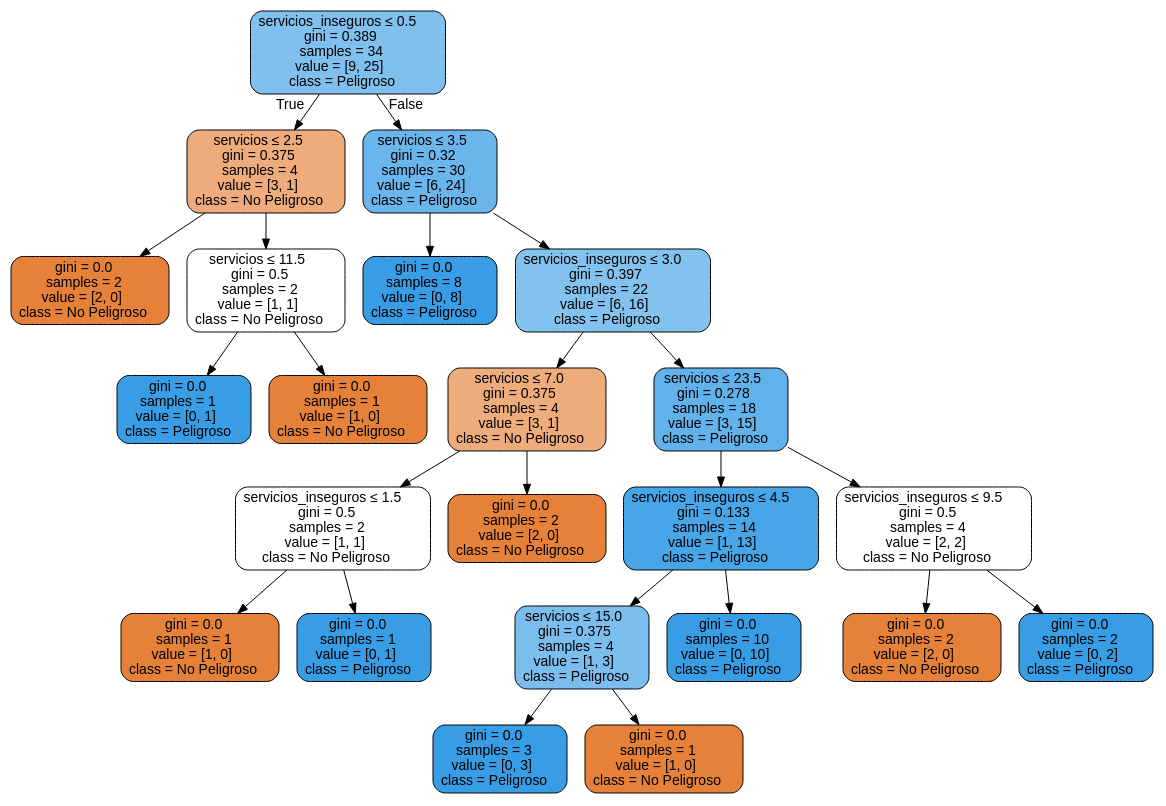
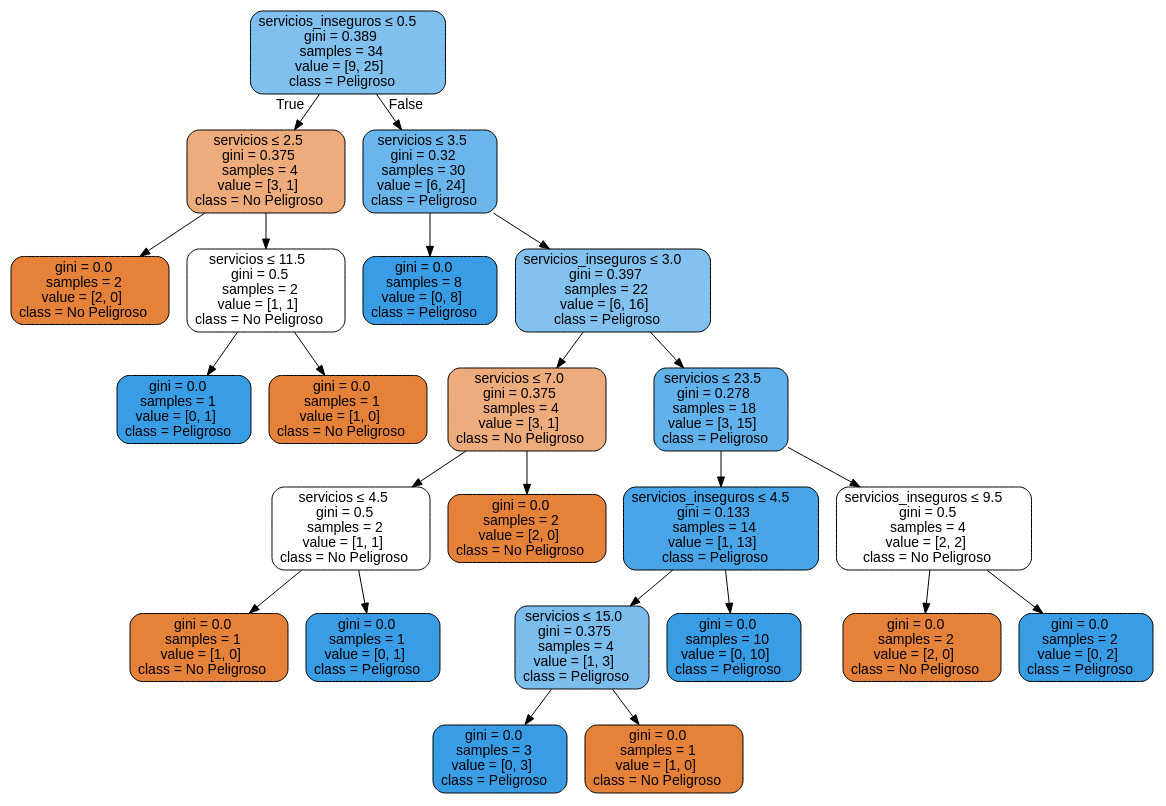
The diagram in ejercicio5/test.gv (siciliagc/Sistemas-de-Informaci-n), drawn with Graphviz before and after one commit. The commit also changed 2 other files, not shown here.

```diff
--- a/ejercicio5/test.gv
+++ b/ejercicio5/test.gv
@@ -1,49 +1,49 @@
 digraph Tree {
 node [shape=box, style="filled, rounded", color="black", fontname="helvetica"] ;
 edge [fontname="helvetica"] ;
 0 [label=<servicios_inseguros &le; 0.5<br/>gini = 0.389<br/>samples = 34<br/>value = [9, 25]<br/>class = Peligroso>, fillcolor="#80c0ee"] ;
 1 [label=<servicios &le; 2.5<br/>gini = 0.375<br/>samples = 4<br/>value = [3, 1]<br/>class = No Peligroso>, fillcolor="#eeab7b"] ;
 0 -> 1 [labeldistance=2.5, labelangle=45, headlabel="True"] ;
 2 [label=<gini = 0.0<br/>samples = 2<br/>value = [2, 0]<br/>class = No Peligroso>, fillcolor="#e58139"] ;
 1 -> 2 ;
 3 [label=<servicios &le; 11.5<br/>gini = 0.5<br/>samples = 2<br/>value = [1, 1]<br/>class = No Peligroso>, fillcolor="#ffffff"] ;
 1 -> 3 ;
 4 [label=<gini = 0.0<br/>samples = 1<br/>value = [0, 1]<br/>class = Peligroso>, fillcolor="#399de5"] ;
 3 -> 4 ;
 5 [label=<gini = 0.0<br/>samples = 1<br/>value = [1, 0]<br/>class = No Peligroso>, fillcolor="#e58139"] ;
 3 -> 5 ;
 6 [label=<servicios &le; 3.5<br/>gini = 0.32<br/>samples = 30<br/>value = [6, 24]<br/>class = Peligroso>, fillcolor="#6ab6ec"] ;
 0 -> 6 [labeldistance=2.5, labelangle=-45, headlabel="False"] ;
 7 [label=<gini = 0.0<br/>samples = 8<br/>value = [0, 8]<br/>class = Peligroso>, fillcolor="#399de5"] ;
 6 -> 7 ;
 8 [label=<servicios_inseguros &le; 3.0<br/>gini = 0.397<br/>samples = 22<br/>value = [6, 16]<br/>class = Peligroso>, fillcolor="#83c2ef"] ;
 6 -> 8 ;
 9 [label=<servicios &le; 7.0<br/>gini = 0.375<br/>samples = 4<br/>value = [3, 1]<br/>class = No Peligroso>, fillcolor="#eeab7b"] ;
 8 -> 9 ;
-10 [label=<servicios_inseguros &le; 1.5<br/>gini = 0.5<br/>samples = 2<br/>value = [1, 1]<br/>class = No Peligroso>, fillcolor="#ffffff"] ;
+10 [label=<servicios &le; 4.5<br/>gini = 0.5<br/>samples = 2<br/>value = [1, 1]<br/>class = No Peligroso>, fillcolor="#ffffff"] ;
 9 -> 10 ;
 11 [label=<gini = 0.0<br/>samples = 1<br/>value = [1, 0]<br/>class = No Peligroso>, fillcolor="#e58139"] ;
 10 -> 11 ;
 12 [label=<gini = 0.0<br/>samples = 1<br/>value = [0, 1]<br/>class = Peligroso>, fillcolor="#399de5"] ;
 10 -> 12 ;
 13 [label=<gini = 0.0<br/>samples = 2<br/>value = [2, 0]<br/>class = No Peligroso>, fillcolor="#e58139"] ;
 9 -> 13 ;
 14 [label=<servicios &le; 23.5<br/>gini = 0.278<br/>samples = 18<br/>value = [3, 15]<br/>class = Peligroso>, fillcolor="#61b1ea"] ;
 8 -> 14 ;
 15 [label=<servicios_inseguros &le; 4.5<br/>gini = 0.133<br/>samples = 14<br/>value = [1, 13]<br/>class = Peligroso>, fillcolor="#48a5e7"] ;
 14 -> 15 ;
 16 [label=<servicios &le; 15.0<br/>gini = 0.375<br/>samples = 4<br/>value = [1, 3]<br/>class = Peligroso>, fillcolor="#7bbeee"] ;
 15 -> 16 ;
 17 [label=<gini = 0.0<br/>samples = 3<br/>value = [0, 3]<br/>class = Peligroso>, fillcolor="#399de5"] ;
 16 -> 17 ;
 18 [label=<gini = 0.0<br/>samples = 1<br/>value = [1, 0]<br/>class = No Peligroso>, fillcolor="#e58139"] ;
 16 -> 18 ;
 19 [label=<gini = 0.0<br/>samples = 10<br/>value = [0, 10]<br/>class = Peligroso>, fillcolor="#399de5"] ;
 15 -> 19 ;
 20 [label=<servicios_inseguros &le; 9.5<br/>gini = 0.5<br/>samples = 4<br/>value = [2, 2]<br/>class = No Peligroso>, fillcolor="#ffffff"] ;
 14 -> 20 ;
 21 [label=<gini = 0.0<br/>samples = 2<br/>value = [2, 0]<br/>class = No Peligroso>, fillcolor="#e58139"] ;
 20 -> 21 ;
 22 [label=<gini = 0.0<br/>samples = 2<br/>value = [0, 2]<br/>class = Peligroso>, fillcolor="#399de5"] ;
 20 -> 22 ;
 }
```
